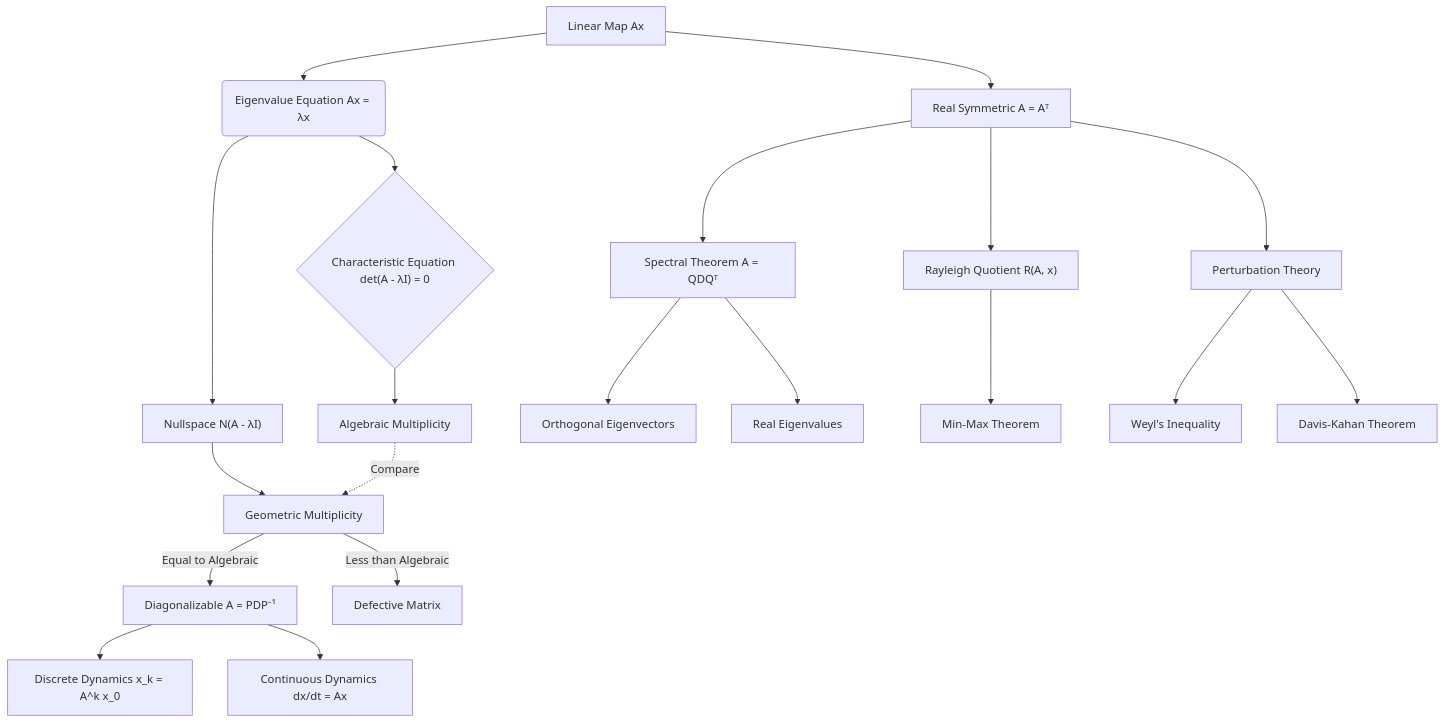
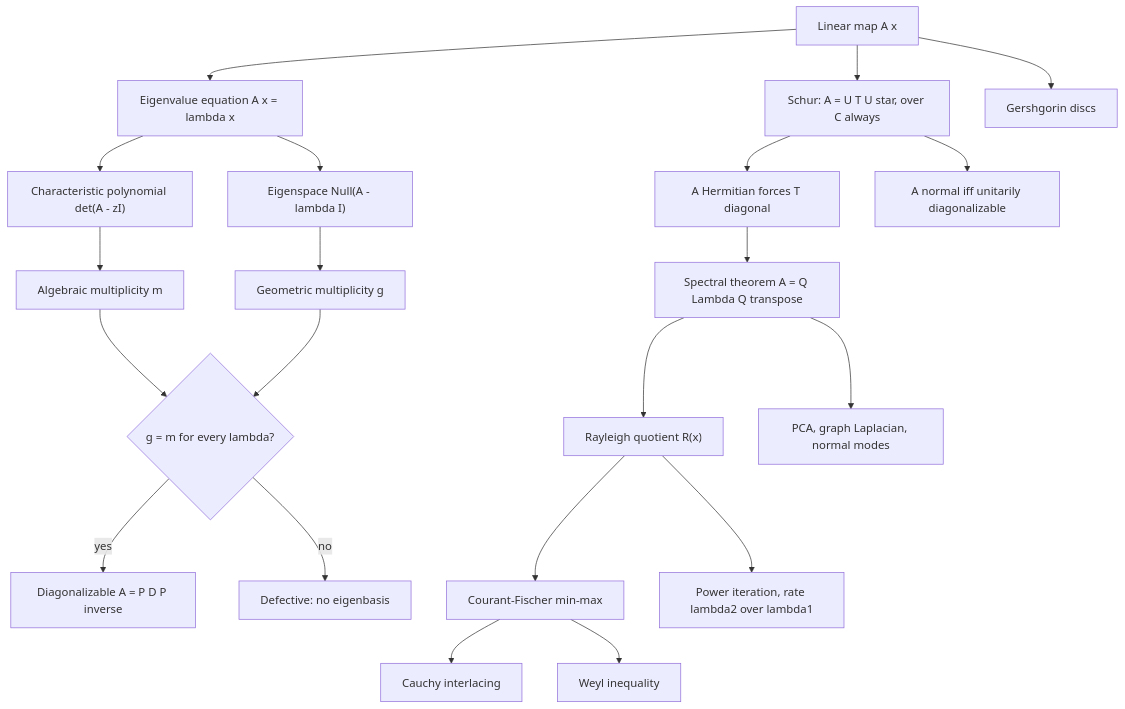
The diagram in linear_algebra/06_eigenvalues_eigenvectors_spectral_theory/README.md (hien078/applied-mathematics-foundation), drawn with Mermaid before and after one commit. The commit also changed other lines of this file and 150 other files, not shown here.

````diff
--- a/linear_algebra/06_eigenvalues_eigenvectors_spectral_theory/README.md
+++ b/linear_algebra/06_eigenvalues_eigenvectors_spectral_theory/README.md
@@ -24,22 +66,23 @@
 ```mermaid
 graph TD
-    A["Linear Map Ax"] --> B("Eigenvalue Equation Ax = λx")
-    B --> C{"Characteristic Equation det(A - λI) = 0"}
-    C --> D["Algebraic Multiplicity"]
-    B --> E["Nullspace N(A - λI)"]
-    E --> F["Geometric Multiplicity"]
-    D -.->|Compare| F
-    F -->|Equal to Algebraic| G["Diagonalizable A = PDP⁻¹"]
-    F -->|Less than Algebraic| H["Defective Matrix"]
-    G --> I["Discrete Dynamics x_k = A^k x_0"]
-    G --> J["Continuous Dynamics dx/dt = Ax"]
-    A --> K["Real Symmetric A = Aᵀ"]
-    K --> L["Spectral Theorem A = QDQᵀ"]
-    L --> M["Orthogonal Eigenvectors"]
-    L --> N["Real Eigenvalues"]
-    K --> O["Rayleigh Quotient R(A, x)"]
-    O --> P["Min-Max Theorem"]
-    K --> Q["Perturbation Theory"]
-    Q --> R["Weyl's Inequality"]
-    Q --> S["Davis-Kahan Theorem"]
+    A["Linear map A x"] --> B["Eigenvalue equation A x = lambda x"]
+    B --> C["Characteristic polynomial det(A - zI)"]
+    C --> D["Algebraic multiplicity m"]
+    B --> E["Eigenspace Null(A - lambda I)"]
+    E --> F["Geometric multiplicity g"]
+    D --> G{"g = m for every lambda?"}
+    F --> G
+    G -->|yes| H["Diagonalizable A = P D P inverse"]
+    G -->|no| I["Defective: no eigenbasis"]
+    A --> J["Schur: A = U T U star, over C always"]
+    J --> K["A Hermitian forces T diagonal"]
+    K --> L["Spectral theorem A = Q Lambda Q transpose"]
+    J --> M["A normal iff unitarily diagonalizable"]
+    L --> N["Rayleigh quotient R(x)"]
+    N --> O["Courant-Fischer min-max"]
+    O --> P["Cauchy interlacing"]
+    O --> Q["Weyl inequality"]
+    N --> R["Power iteration, rate lambda2 over lambda1"]
+    A --> S["Gershgorin discs"]
+    L --> T["PCA, graph Laplacian, normal modes"]
 ```
````
